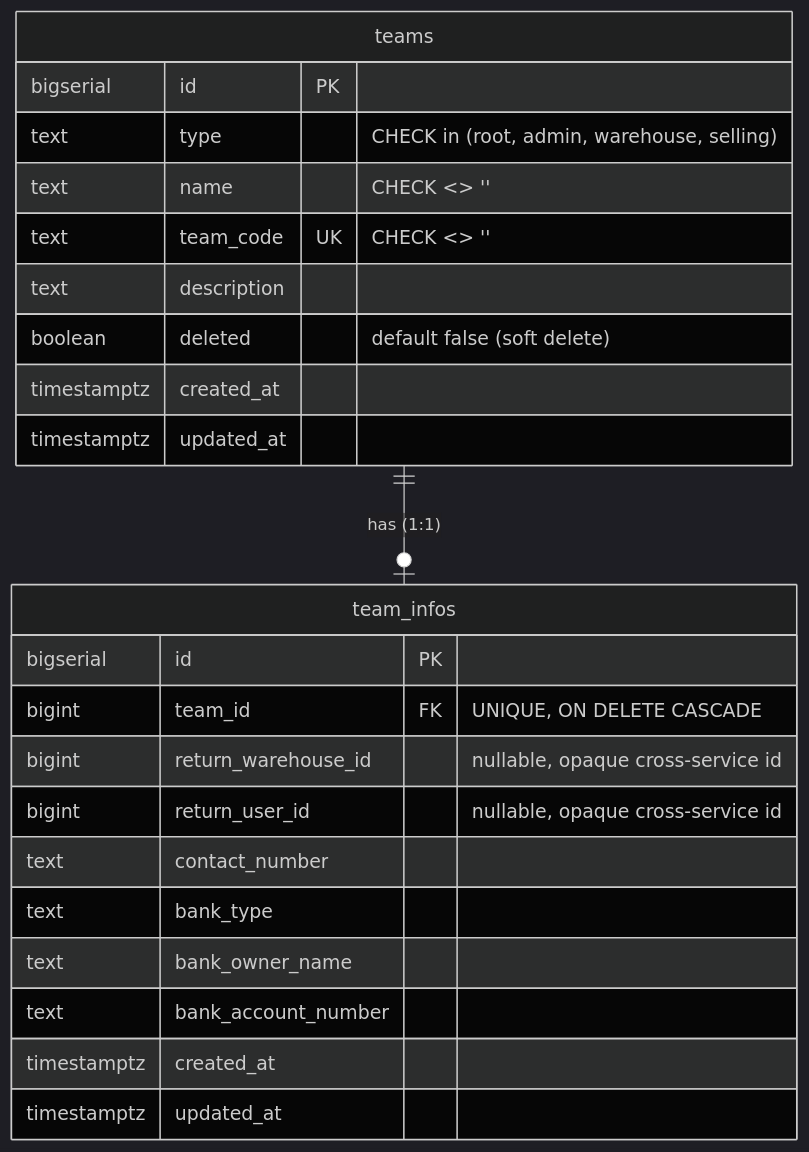
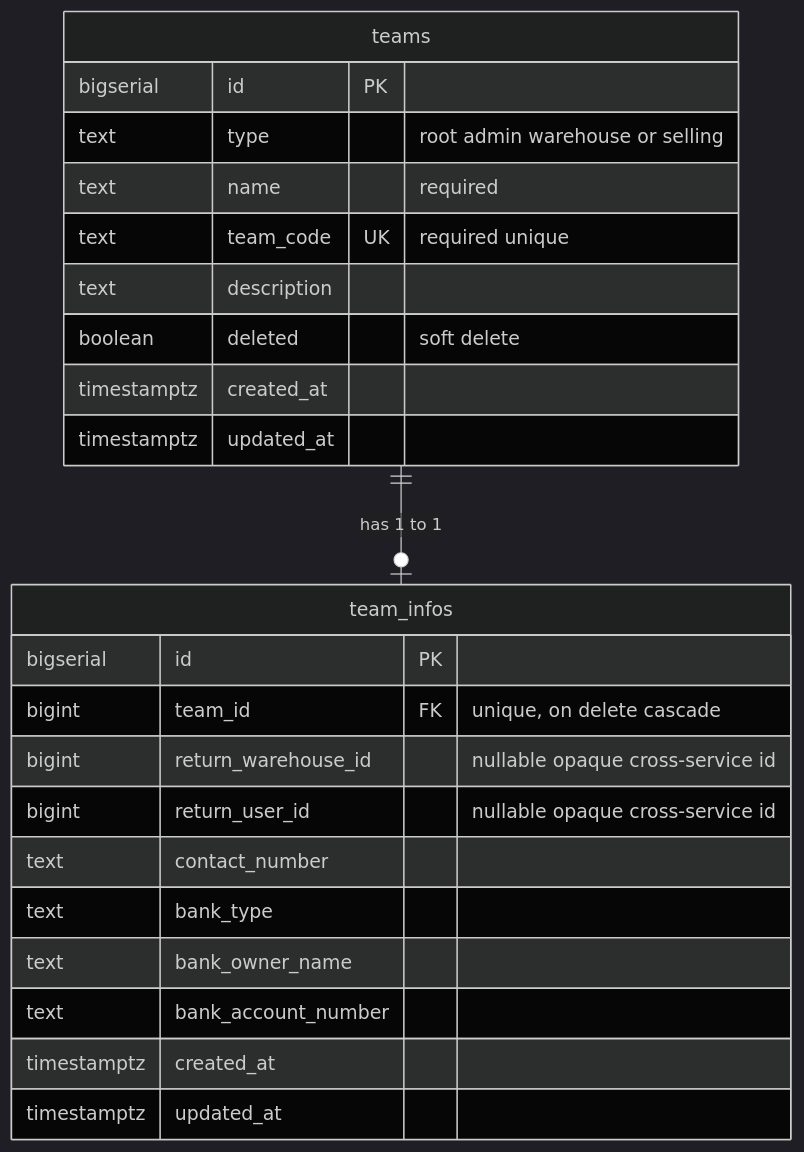
Before and after one commit to pdcgo/warehouse_revamp: the first of 7 diagrams in docs/database-schema.md, drawn with Mermaid (dark theme). The commit also changed other lines of this file, not shown here.

First line of the commit message:
docs: fix mermaid render errors in schema diagrams (#30 rework)

````diff
--- a/docs/database-schema.md
+++ b/docs/database-schema.md
@@ -18,28 +18,28 @@
 ```mermaid
 erDiagram
-    teams ||--o| team_infos : "has (1:1)"
+    teams ||--o| team_infos : "has 1 to 1"
 
     teams {
         bigserial   id          PK
-        text        type        "CHECK in (root, admin, warehouse, selling)"
-        text        name        "CHECK <> ''"
-        text        team_code   UK "CHECK <> ''"
+        text        type        "root admin warehouse or selling"
+        text        name        "required"
+        text        team_code   UK "required unique"
         text        description
-        boolean     deleted     "default false (soft delete)"
+        boolean     deleted     "soft delete"
         timestamptz created_at
         timestamptz updated_at
     }
 
     team_infos {
         bigserial   id                  PK
-        bigint      team_id             FK "UNIQUE, ON DELETE CASCADE"
-        bigint      return_warehouse_id "nullable, opaque cross-service id"
-        bigint      return_user_id      "nullable, opaque cross-service id"
+        bigint      team_id             FK "unique, on delete cascade"
+        bigint      return_warehouse_id "nullable opaque cross-service id"
+        bigint      return_user_id      "nullable opaque cross-service id"
         text        contact_number
         text        bank_type
         text        bank_owner_name
         text        bank_account_number
         timestamptz created_at
         timestamptz updated_at
     }
 ```
````
